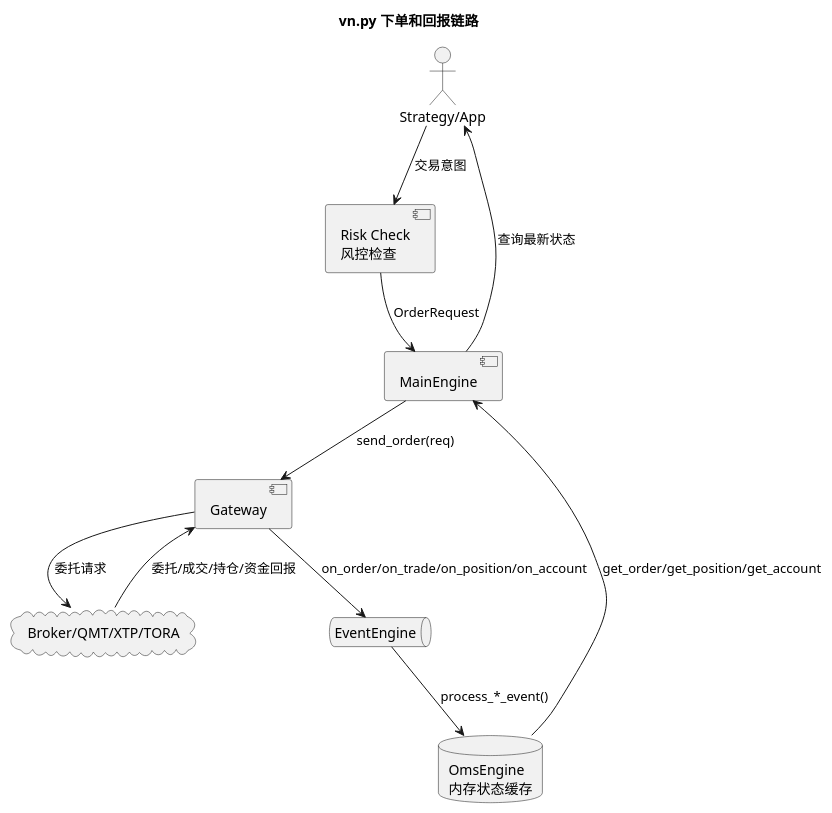
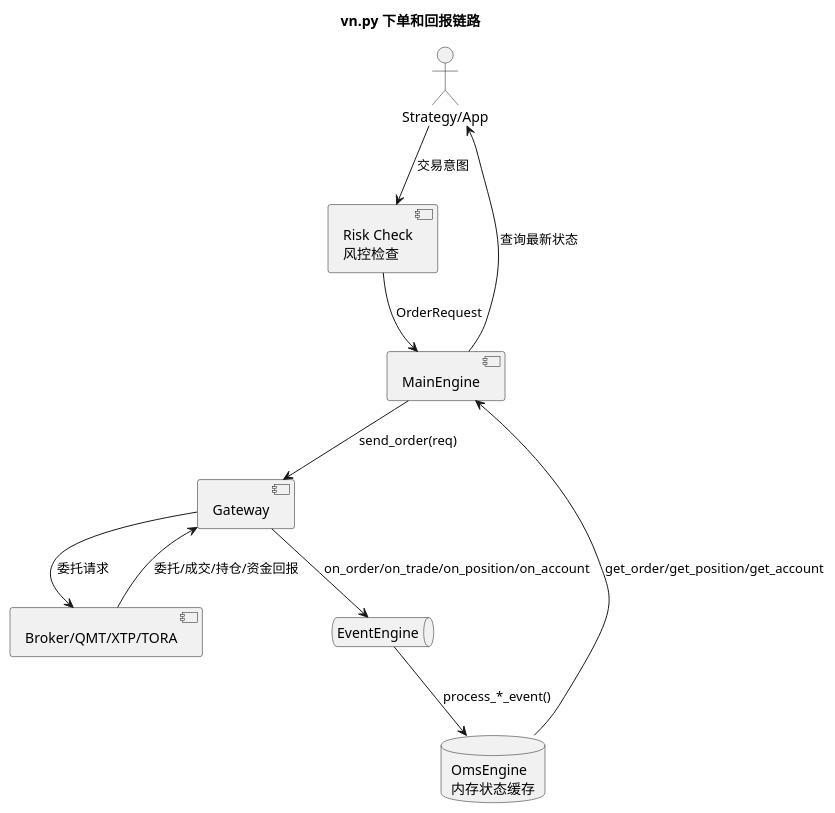
Before and after one commit to zhoudirac-C/vnpy: the second of 16 diagrams in docs/community/info/custom_quant_architecture.md, drawn with PlantUML. The commit also changed other lines of this file and 24 other files, not shown here.

Commit message:
feat: add independent TradingAgents strategy flow

````diff
--- a/docs/community/info/custom_quant_architecture.md
+++ b/docs/community/info/custom_quant_architecture.md
@@ -138,26 +138,26 @@
 ```plantuml
 @startuml
 title vn.py 下单和回报链路
 
 skinparam shadowing false
 
 actor "Strategy/App" as Strategy
 component "Risk Check\n风控检查" as Risk
 component "MainEngine" as Main
 component "Gateway" as Gateway
-cloud "Broker/QMT/XTP/TORA" as Broker
+component "Broker/QMT/XTP/TORA" as Broker
 queue "EventEngine" as Event
 database "OmsEngine\n内存状态缓存" as Oms
 
 Strategy --> Risk : 交易意图
 Risk --> Main : OrderRequest
 Main --> Gateway : send_order(req)
 Gateway --> Broker : 委托请求
 Broker --> Gateway : 委托/成交/持仓/资金回报
 Gateway --> Event : on_order/on_trade/on_position/on_account
 Event --> Oms : process_*_event()
 Oms --> Main : get_order/get_position/get_account
 Main --> Strategy : 查询最新状态
 
 @enduml
 ```
````
